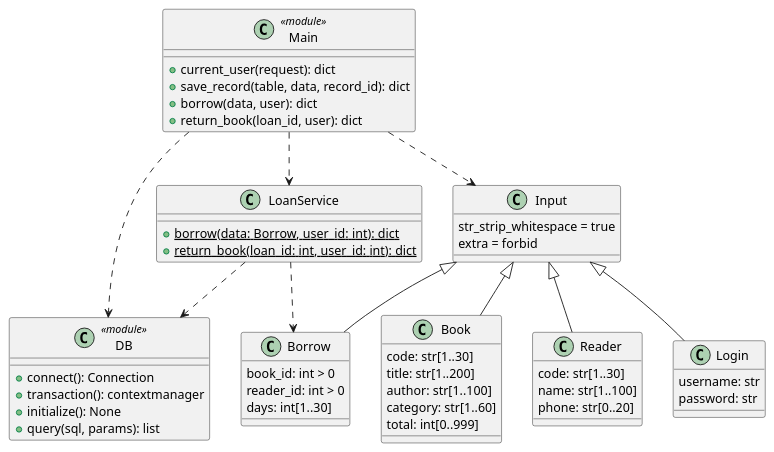
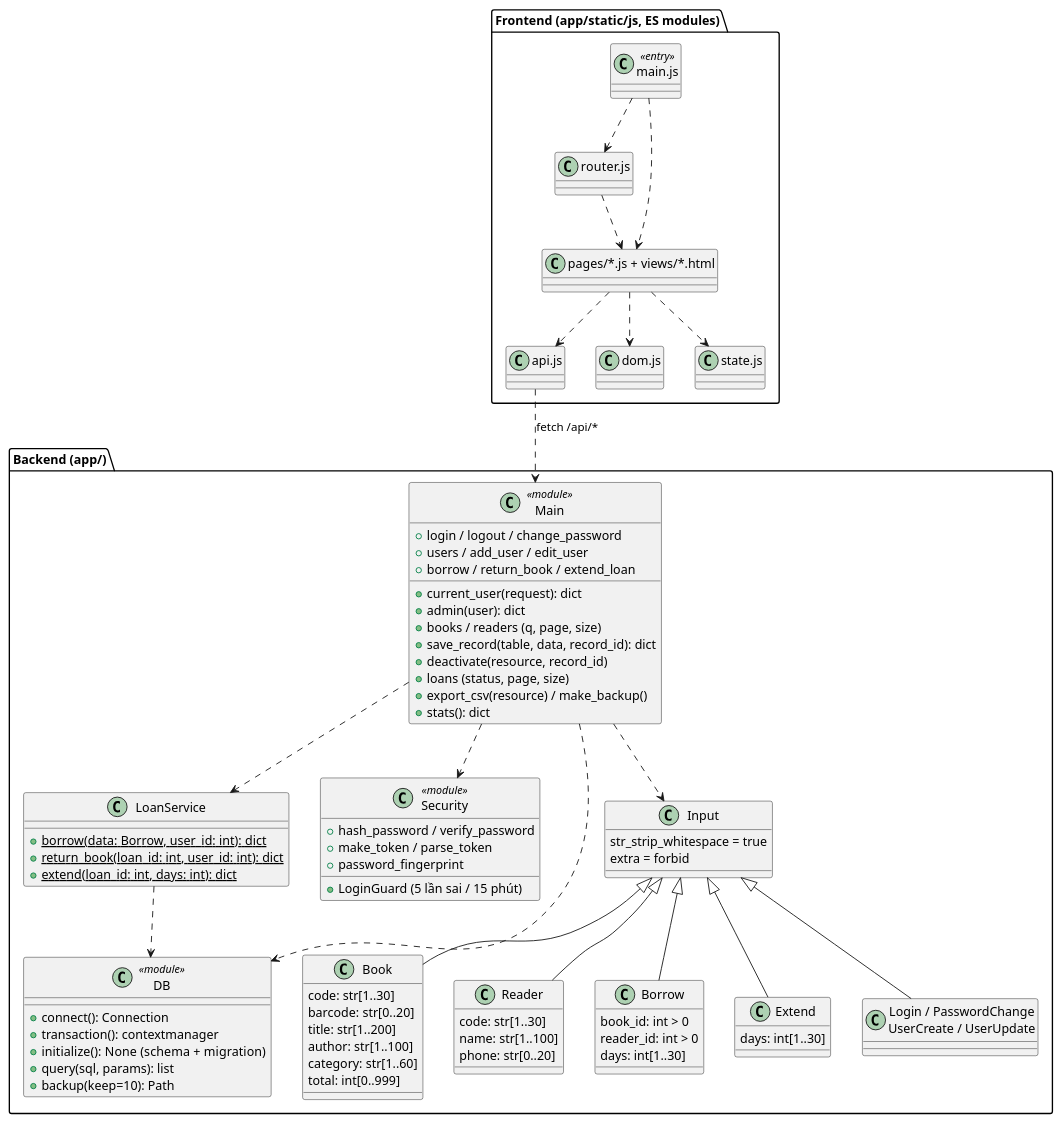
The diagram in docs/uml/06_design_class.puml (khoiln218/ThuVienMini), drawn with PlantUML before and after one commit. The commit also changed 19 other files, not shown here.

```diff
--- a/docs/uml/06_design_class.puml
+++ b/docs/uml/06_design_class.puml
@@ -1,54 +1,88 @@
 @startuml
 skinparam defaultFontName Arial
 skinparam shadowing false
+package "Backend (app/)" {
 class Main <<module>> {
  +current_user(request): dict
+ +admin(user): dict
+ +login / logout / change_password
+ +users / add_user / edit_user
+ +books / readers (q, page, size)
  +save_record(table, data, record_id): dict
- +borrow(data, user): dict
- +return_book(loan_id, user): dict
+ +deactivate(resource, record_id)
+ +loans (status, page, size)
+ +borrow / return_book / extend_loan
+ +export_csv(resource) / make_backup()
+ +stats(): dict
 }
 class LoanService {
  {static} +borrow(data: Borrow, user_id: int): dict
  {static} +return_book(loan_id: int, user_id: int): dict
+ {static} +extend(loan_id: int, days: int): dict
+}
+class Security <<module>> {
+ +hash_password / verify_password
+ +make_token / parse_token
+ +password_fingerprint
+ +LoginGuard (5 lần sai / 15 phút)
 }
 class DB <<module>> {
  +connect(): Connection
  +transaction(): contextmanager
- +initialize(): None
+ +initialize(): None  (schema + migration)
  +query(sql, params): list
+ +backup(keep=10): Path
 }
 class Input {
  str_strip_whitespace = true
  extra = forbid
 }
 class Book {
  code: str[1..30]
+ barcode: str[0..20]
  title: str[1..200]
  author: str[1..100]
  category: str[1..60]
  total: int[0..999]
 }
 class Reader {
  code: str[1..30]
  name: str[1..100]
  phone: str[0..20]
 }
 class Borrow {
  book_id: int > 0
  reader_id: int > 0
  days: int[1..30]
 }
-class Login {
- username: str
- password: str
+class Extend {
+ days: int[1..30]
 }
+class "Login / PasswordChange\nUserCreate / UserUpdate" as Auth
 Input <|-- Book
 Input <|-- Reader
 Input <|-- Borrow
-Input <|-- Login
+Input <|-- Extend
+Input <|-- Auth
 Main ..> LoanService
+Main ..> Security
 Main ..> Input
 Main ..> DB
 LoanService ..> DB
-LoanService ..> Borrow
+}
+package "Frontend (app/static/js, ES modules)" {
+class "main.js" as FM <<entry>>
+class "router.js" as FR
+class "pages/*.js + views/*.html" as FP
+class "api.js" as FA
+class "dom.js" as FD
+class "state.js" as FS
+FM ..> FR
+FM ..> FP
+FR ..> FP
+FP ..> FA
+FP ..> FD
+FP ..> FS
+}
+FA ..> Main : fetch /api/*
 @enduml
```
